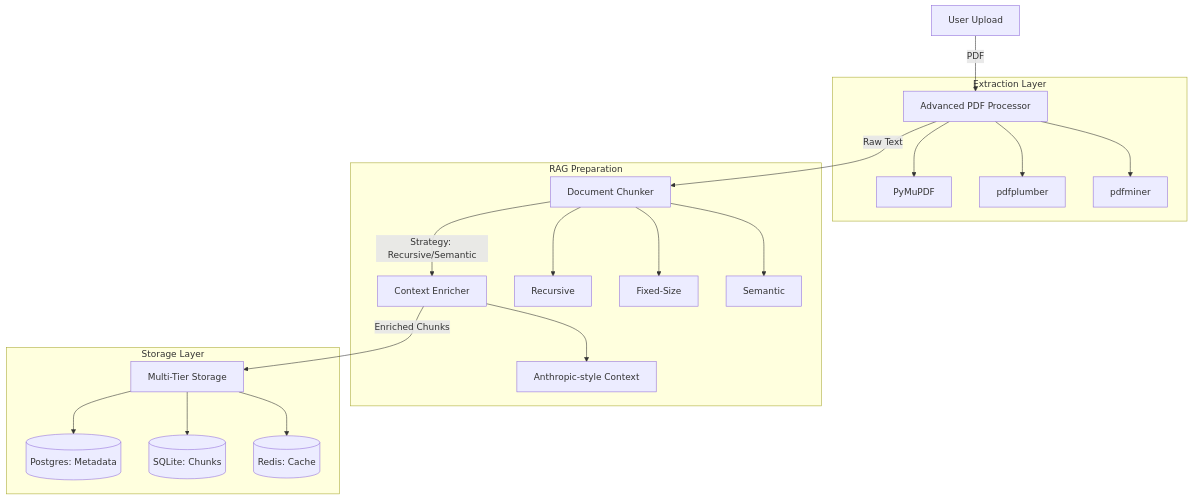
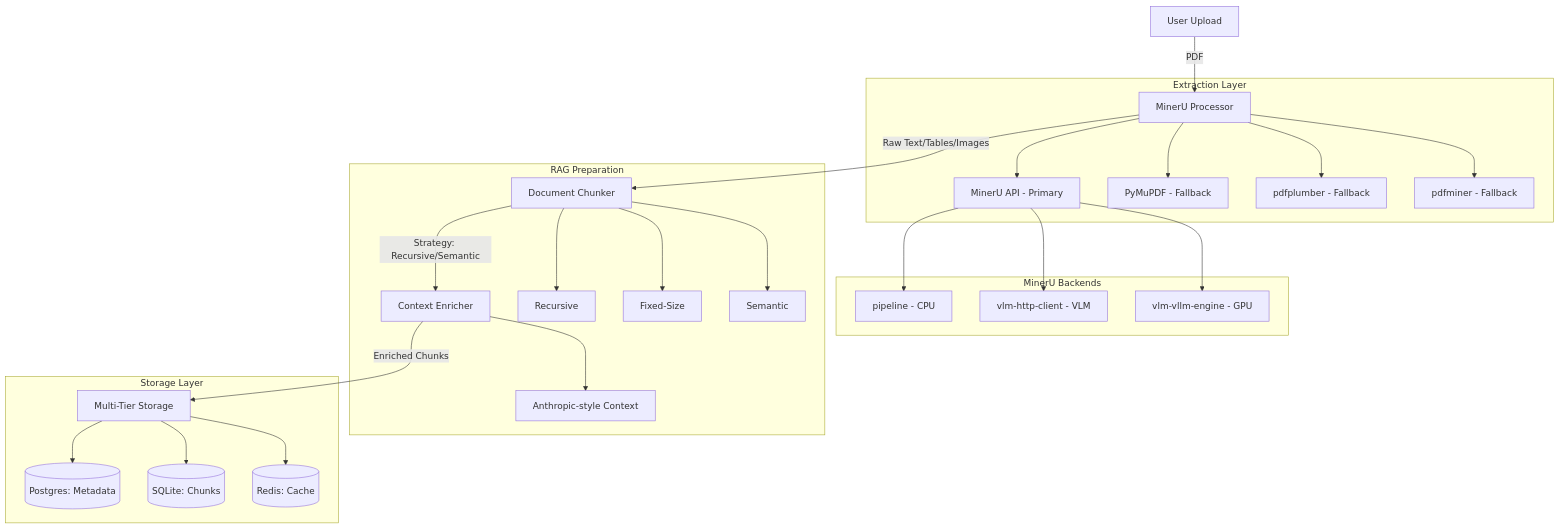
Before and after one commit to nchen01/brain-mvp: the diagram in PROJECT_EXPLANATION.md, drawn with Mermaid. The commit also changed other lines of this file and 3 other files, not shown here.

````diff
--- a/PROJECT_EXPLANATION.md
+++ b/PROJECT_EXPLANATION.md
@@ -13,26 +13,33 @@
 ```mermaid
 graph TD
-    A[User Upload] -->|PDF| B[Advanced PDF Processor]
-    B -->|Raw Text| C[Document Chunker]
+    A[User Upload] -->|PDF| B[MinerU Processor]
+    B -->|Raw Text/Tables/Images| C[Document Chunker]
     C -->|Strategy: Recursive/Semantic| D[Context Enricher]
     D -->|Enriched Chunks| E[Multi-Tier Storage]
-    
+
     subgraph "Extraction Layer"
-    B --> B1[PyMuPDF]
-    B --> B2[pdfplumber]
-    B --> B3[pdfminer]
+    B --> B1[MinerU API - Primary]
+    B --> B2[PyMuPDF - Fallback]
+    B --> B3[pdfplumber - Fallback]
+    B --> B4[pdfminer - Fallback]
     end
-    
+
+    subgraph "MinerU Backends"
+    B1 --> M1[pipeline - CPU]
+    B1 --> M2[vlm-http-client - VLM]
+    B1 --> M3[vlm-vllm-engine - GPU]
+    end
+
     subgraph "RAG Preparation"
     C --> C1[Recursive]
     C --> C2[Fixed-Size]
     C --> C3[Semantic]
     D --> D1[Anthropic-style Context]
     end
-    
+
     subgraph "Storage Layer"
     E --> E1[(Postgres: Metadata)]
     E --> E2[(SQLite: Chunks)]
     E --> E3[(Redis: Cache)]
     end
 ```
````
